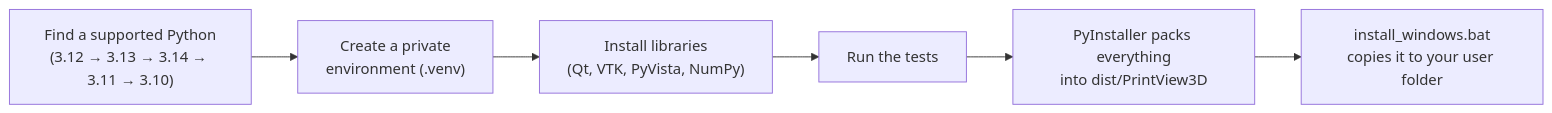
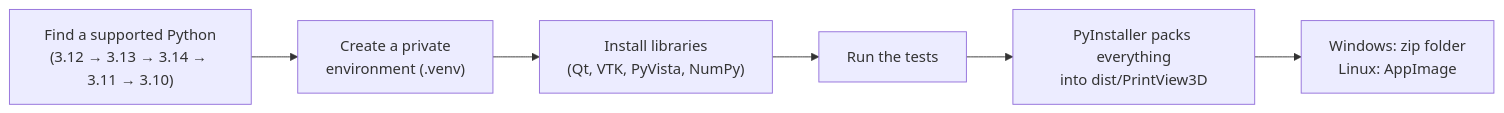
One commit to munteancd/PrintView3D changed the diagram in README.md. Above: the diagram before and after it, drawn with Mermaid. The commit also changed other lines of this file and 25 other files, not shown here.

First line of the commit message:
Add Linux support (AppImage) and offer Mac builds on request

````diff
--- a/README.md
+++ b/README.md
@@ -188,8 +281,8 @@
 ```mermaid
 flowchart LR
     A["Find a supported Python<br/>(3.12 → 3.13 → 3.14 → 3.11 → 3.10)"] --> B["Create a private<br/>environment (.venv)"]
     B --> C["Install libraries<br/>(Qt, VTK, PyVista, NumPy)"]
     C --> D["Run the tests"]
     D --> E["PyInstaller packs everything<br/>into dist/PrintView3D"]
-    E --> F["install_windows.bat<br/>copies it to your user folder"]
+    E --> F["Windows: zip folder<br/>Linux: AppImage"]
 ```
````
